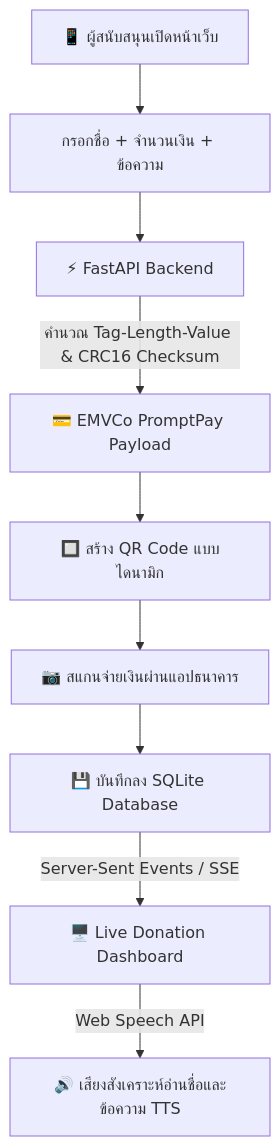
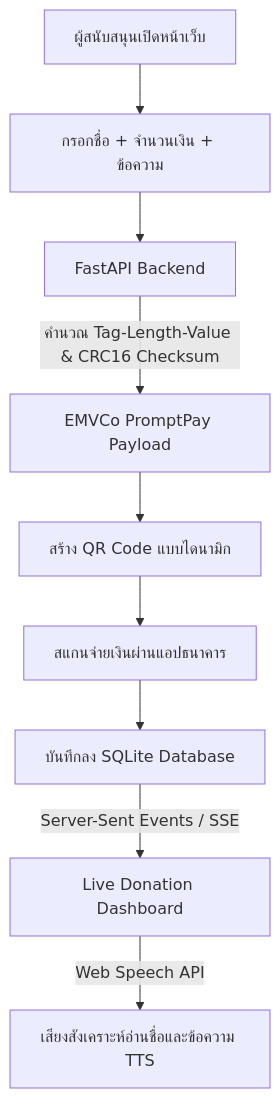
One commit to FANG9356/MyProject changed the third of 9 diagrams in README.md. Above: the diagram before and after it, drawn with Mermaid. The commit also changed other lines of this file and 47 other files, not shown here.

````diff
--- a/README.md
+++ b/README.md
@@ -157,11 +157,11 @@
 ```mermaid
 flowchart TD
-    A[📱 ผู้สนับสนุนเปิดหน้าเว็บ] --> B[กรอกชื่อ + จำนวนเงิน + ข้อความ]
-    B --> C[⚡ FastAPI Backend]
-    C -->|คำนวณ Tag-Length-Value & CRC16 Checksum| D[💳 EMVCo PromptPay Payload]
-    D --> E[🔲 สร้าง QR Code แบบไดนามิก]
-    E --> F[📷 สแกนจ่ายเงินผ่านแอปธนาคาร]
-    F --> G[💾 บันทึกลง SQLite Database]
-    G -->|Server-Sent Events / SSE| H[🖥️ Live Donation Dashboard]
-    H -->|Web Speech API| I[🔊 เสียงสังเคราะห์อ่านชื่อและข้อความ TTS]
+ A[ผู้สนับสนุนเปิดหน้าเว็บ] --> B[กรอกชื่อ + จำนวนเงิน + ข้อความ]
+ B --> C[FastAPI Backend]
+ C -->|คำนวณ Tag-Length-Value & CRC16 Checksum| D[EMVCo PromptPay Payload]
+ D --> E[สร้าง QR Code แบบไดนามิก]
+ E --> F[สแกนจ่ายเงินผ่านแอปธนาคาร]
+ F --> G[บันทึกลง SQLite Database]
+ G -->|Server-Sent Events / SSE| H[Live Donation Dashboard]
+ H -->|Web Speech API| I[เสียงสังเคราะห์อ่านชื่อและข้อความ TTS]
 ```
````
